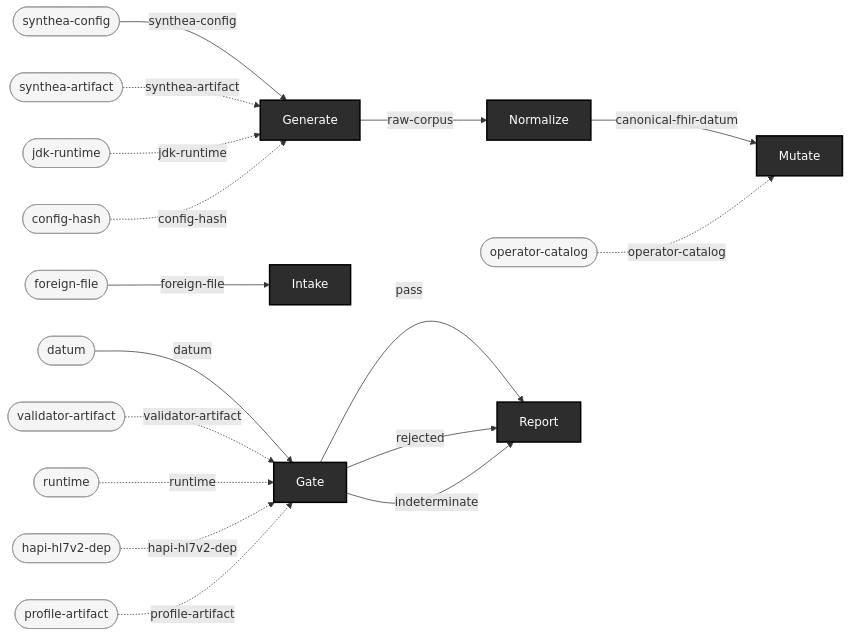
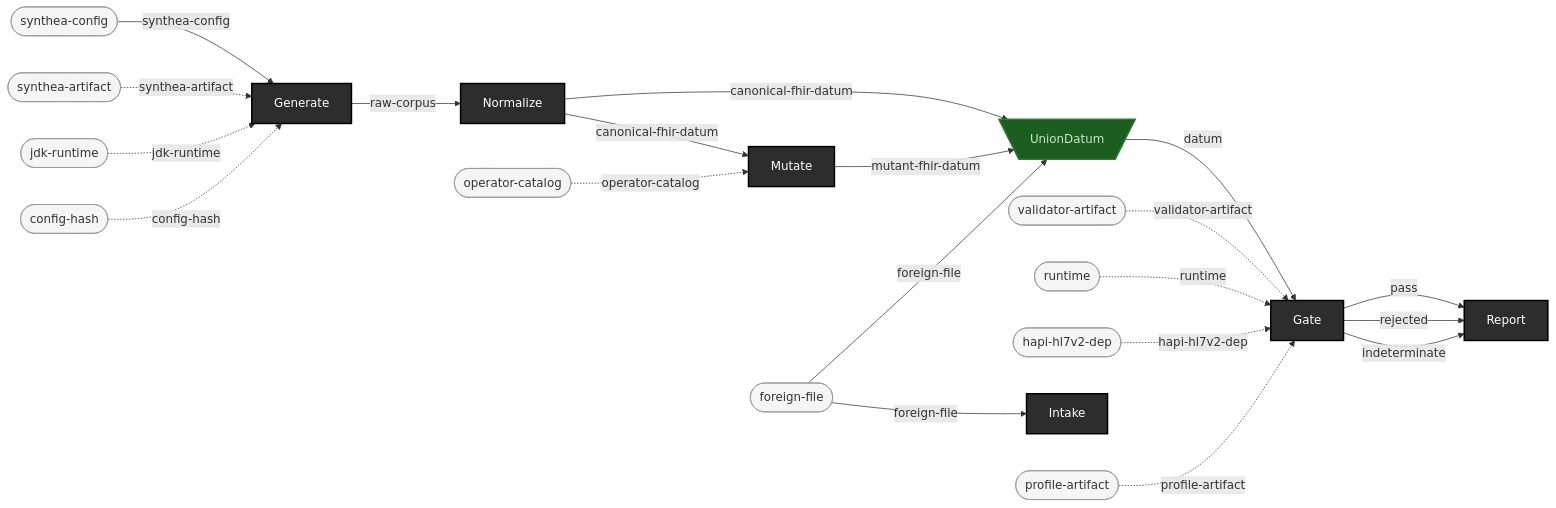
One commit to pragsmike/ehr-testing-tools changed the diagram in docs/pipeline.md. Above: the diagram before and after it, drawn with Mermaid. The commit also changed other lines of this file and 7 other files, not shown here.

````diff
--- a/docs/pipeline.md
+++ b/docs/pipeline.md
@@ -23,76 +24,81 @@
 ```mermaid
 flowchart LR
 
     %% --- Source types (raw inputs, not produced by any operation) ---
     config_hash(["config-hash"])
-    datum(["datum"])
     foreign_file(["foreign-file"])
     hapi_hl7v2_dep(["hapi-hl7v2-dep"])
     jdk_runtime(["jdk-runtime"])
     operator_catalog(["operator-catalog"])
     profile_artifact(["profile-artifact"])
     runtime(["runtime"])
     synthea_artifact(["synthea-artifact"])
     synthea_config(["synthea-config"])
     validator_artifact(["validator-artifact"])
 
     %% --- Operations (boxes; spiders use distinct shapes) ---
     Generate["Generate"]
     Normalize["Normalize"]
     Mutate["Mutate"]
     Intake["Intake"]
     Gate["Gate"]
     Report["Report"]
+    UnionDatum[\"UnionDatum"/]
 
     %% --- Wires (typed connections) ---
     %% Arrow 1: Generate
     synthea_config -- synthea-config --> Generate
     synthea_artifact -. synthea-artifact .-> Generate
     jdk_runtime -. jdk-runtime .-> Generate
     config_hash -. config-hash .-> Generate
 
     %% Arrow 2: Normalize
     Generate -- raw-corpus --> Normalize
 
     %% Arrow 3: Mutate
     Normalize -- canonical-fhir-datum --> Mutate
     operator_catalog -. operator-catalog .-> Mutate
 
     %% Arrow 4: Intake
     foreign_file -- foreign-file --> Intake
 
     %% Arrow 5: Gate
-    datum -- datum --> Gate
+    UnionDatum -- datum --> Gate
     validator_artifact -. validator-artifact .-> Gate
     runtime -. runtime .-> Gate
     hapi_hl7v2_dep -. hapi-hl7v2-dep .-> Gate
     profile_artifact -. profile-artifact .-> Gate
 
     %% Arrow 6: Report
     Gate -- pass --> Report
     Gate -- rejected --> Report
     Gate -- indeterminate --> Report
 
+    %% Arrow 7: UnionDatum
+    Normalize -- canonical-fhir-datum --> UnionDatum
+    Mutate -- mutant-fhir-datum --> UnionDatum
+    foreign_file -- foreign-file --> UnionDatum
+
     %% --- Styling ---
 
-    %% Operations: dark boxes (fan=blue, funnel=green, enrichment=outlined, gate=purple)
+    %% Operations: dark boxes (fan=blue, funnel=green, enrichment=outlined, gate=purple, external=dashed)
     style Generate fill:#2d2d2d,stroke:#000,color:#fff,stroke-width:2px
     style Normalize fill:#2d2d2d,stroke:#000,color:#fff,stroke-width:2px
     style Mutate fill:#2d2d2d,stroke:#000,color:#fff,stroke-width:2px
     style Intake fill:#2d2d2d,stroke:#000,color:#fff,stroke-width:2px
     style Gate fill:#2d2d2d,stroke:#000,color:#fff,stroke-width:2px
     style Report fill:#2d2d2d,stroke:#000,color:#fff,stroke-width:2px
+    style UnionDatum fill:#1b5e20,stroke:#2e7d32,color:#c8e6c9,stroke-width:2px
 
     %% Source types: light rounded
     style config_hash fill:#f5f5f5,stroke:#999,color:#333
-    style datum fill:#f5f5f5,stroke:#999,color:#333
     style foreign_file fill:#f5f5f5,stroke:#999,color:#333
     style hapi_hl7v2_dep fill:#f5f5f5,stroke:#999,color:#333
     style jdk_runtime fill:#f5f5f5,stroke:#999,color:#333
     style operator_catalog fill:#f5f5f5,stroke:#999,color:#333
     style profile_artifact fill:#f5f5f5,stroke:#999,color:#333
     style runtime fill:#f5f5f5,stroke:#999,color:#333
     style synthea_artifact fill:#f5f5f5,stroke:#999,color:#333
     style synthea_config fill:#f5f5f5,stroke:#999,color:#333
     style validator_artifact fill:#f5f5f5,stroke:#999,color:#333
 ```
````
